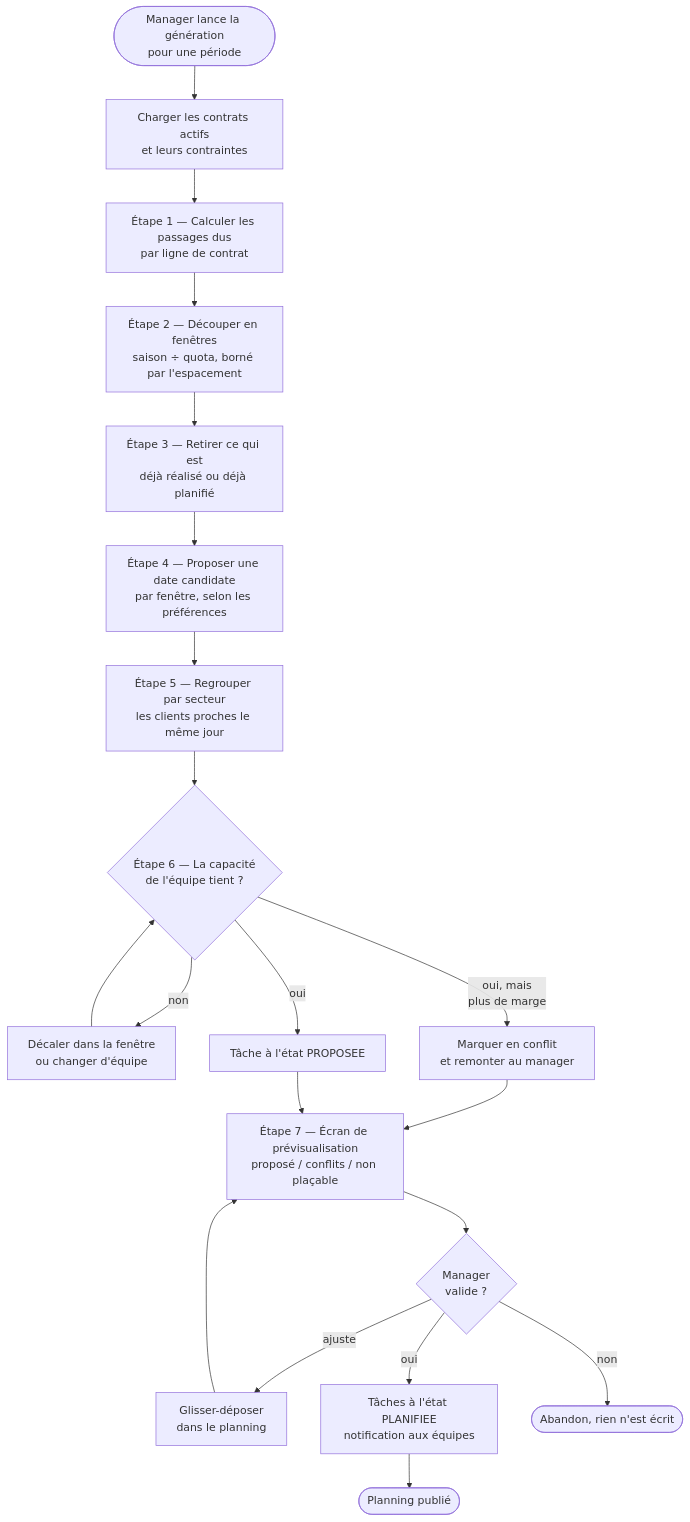
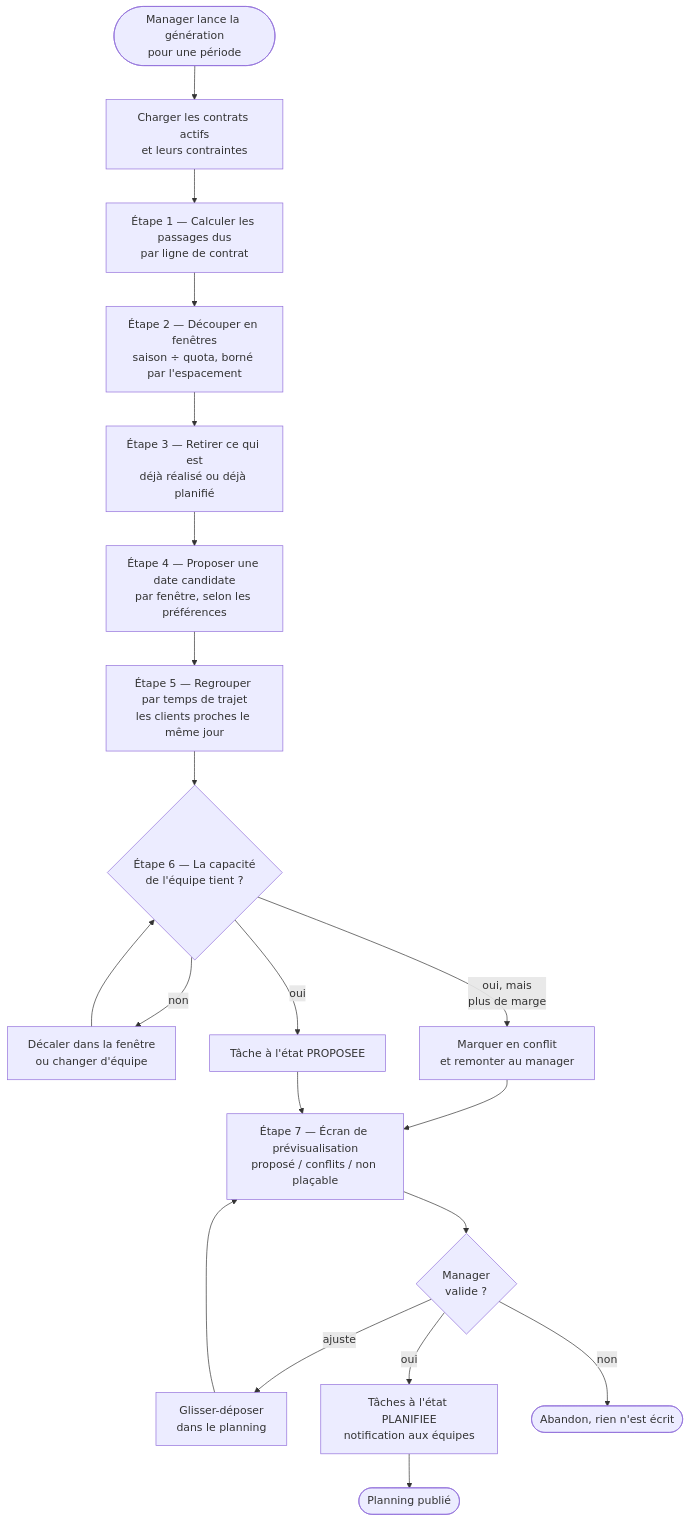
The fourth of 9 diagrams in docs/02-conception-poc.md (sladinji/Planisage), drawn with Mermaid before and after one commit. The commit also changed other lines of this file and 2 other files, not shown here.

Commit message:
docs: réponses au cadrage, conception mise à jour et choix multi-tenant

````diff
--- a/docs/02-conception-poc.md
+++ b/docs/02-conception-poc.md
@@ -235,22 +293,22 @@
 ```mermaid
 flowchart TD
     START(["Manager lance la génération<br/>pour une période"]) --> LOAD["Charger les contrats actifs<br/>et leurs contraintes"]
     LOAD --> DUE["Étape 1 — Calculer les passages dus<br/>par ligne de contrat"]
     DUE --> WIN["Étape 2 — Découper en fenêtres<br/>saison ÷ quota, borné par l'espacement"]
     WIN --> DONE["Étape 3 — Retirer ce qui est<br/>déjà réalisé ou déjà planifié"]
     DONE --> CAND["Étape 4 — Proposer une date candidate<br/>par fenêtre, selon les préférences"]
-    CAND --> GEO["Étape 5 — Regrouper par secteur<br/>les clients proches le même jour"]
+    CAND --> GEO["Étape 5 — Regrouper par temps de trajet<br/>les clients proches le même jour"]
     GEO --> CAP{"Étape 6 — La capacité<br/>de l'équipe tient ?"}
     CAP -- "non" --> SHIFT["Décaler dans la fenêtre<br/>ou changer d'équipe"]
     SHIFT --> CAP
     CAP -- "oui, mais<br/>plus de marge" --> CONF["Marquer en conflit<br/>et remonter au manager"]
     CAP -- "oui" --> PROP["Tâche à l'état PROPOSEE"]
     CONF --> REVIEW
     PROP --> REVIEW["Étape 7 — Écran de prévisualisation<br/>proposé / conflits / non plaçable"]
     REVIEW --> VALID{"Manager<br/>valide ?"}
     VALID -- "ajuste" --> MANUAL["Glisser-déposer<br/>dans le planning"]
     MANUAL --> REVIEW
     VALID -- "oui" --> COMMIT["Tâches à l'état PLANIFIEE<br/>notification aux équipes"]
     VALID -- "non" --> ABORT(["Abandon, rien n'est écrit"])
     COMMIT --> END(["Planning publié"])
 ```
````
